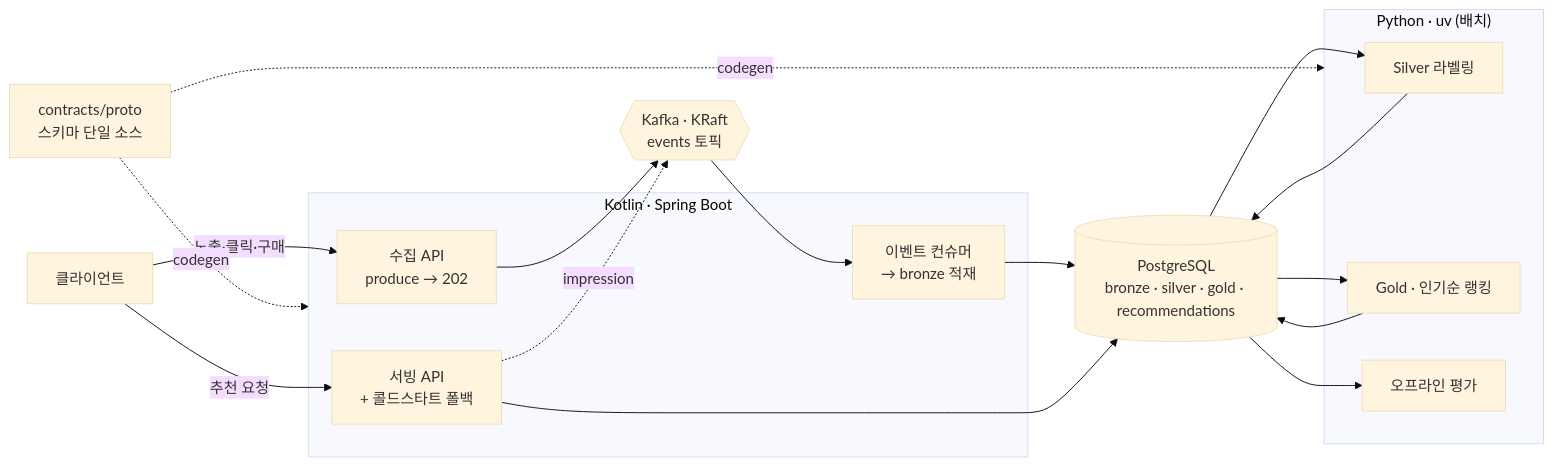
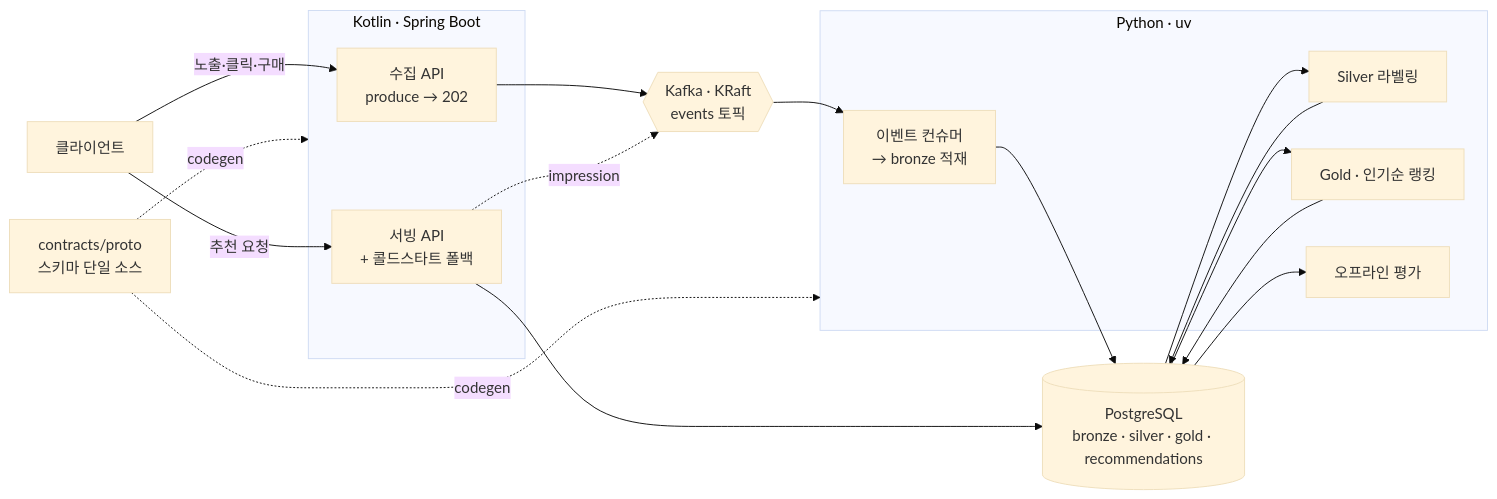
Before and after one commit to daehoon1112/personalized-reco: the second of 3 diagrams in README.md, drawn with Mermaid (base theme). The commit also changed other lines of this file and 26 other files, not shown here.

````diff
--- a/README.md
+++ b/README.md
@@ -48,34 +48,34 @@
 ```mermaid
 flowchart LR
     C["클라이언트"]
     PROTO["contracts/proto<br/>스키마 단일 소스"]
     KAFKA{{"Kafka · KRaft<br/>events 토픽"}}
     PG[("PostgreSQL<br/>bronze · silver · gold · recommendations")]
 
     subgraph kt["Kotlin · Spring Boot"]
         ING["수집 API<br/>produce → 202"]
         SRV["서빙 API<br/>+ 콜드스타트 폴백"]
-        CONS["이벤트 컨슈머<br/>→ bronze 적재"]
     end
 
-    subgraph py["Python · uv (배치)"]
+    subgraph py["Python · uv"]
+        CONS["이벤트 컨슈머<br/>→ bronze 적재"]
         LBL["Silver 라벨링"]
         BATCH["Gold · 인기순 랭킹"]
         EVAL["오프라인 평가"]
     end
 
     C -->|노출·클릭·구매| ING
     C -->|추천 요청| SRV
     ING --> KAFKA
     SRV -. impression .-> KAFKA
     KAFKA --> CONS
     CONS --> PG
     SRV --> PG
     PG --> LBL
     LBL --> PG
     PG --> BATCH
     BATCH --> PG
     PG --> EVAL
     PROTO -. codegen .-> kt
     PROTO -. codegen .-> py
 ```
````
